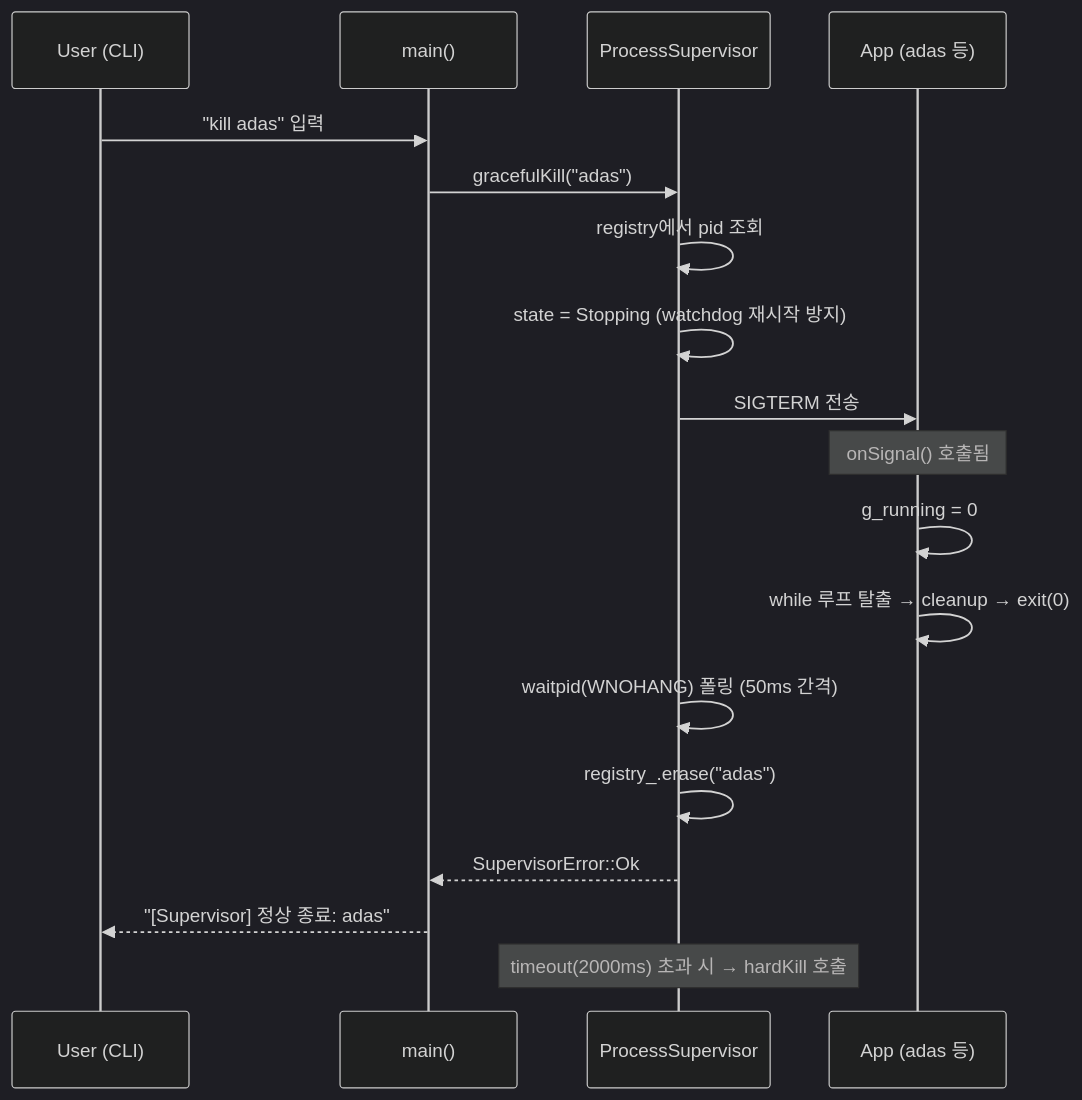
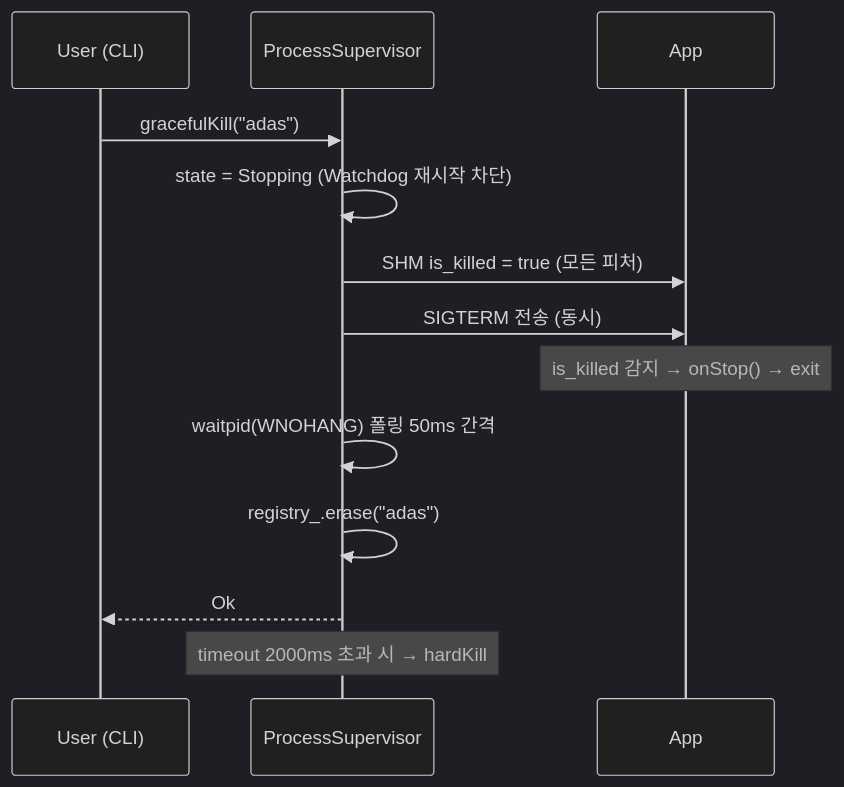
The third of 5 diagrams in docs/architecture.md (Suehyun666/Platform), drawn with Mermaid (dark theme) before and after one commit. The commit also changed other lines of this file and 20 other files, not shown here.

````diff
--- a/docs/architecture.md
+++ b/docs/architecture.md
@@ -142,25 +191,18 @@
 ```mermaid
 sequenceDiagram
     participant U  as User (CLI)
-    participant M  as main()
     participant PS as ProcessSupervisor
-    participant AP as App (adas 등)
+    participant AP as App
 
-    U->>M: "kill adas" 입력
-    M->>PS: gracefulKill("adas")
+    U->>PS: gracefulKill("adas")
+    PS->>PS: state = Stopping (Watchdog 재시작 차단)
+    PS->>AP: SHM is_killed = true  (모든 피처)
+    PS->>AP: SIGTERM 전송 (동시)
 
-    PS->>PS: registry에서 pid 조회
-    PS->>PS: state = Stopping (watchdog 재시작 방지)
-    PS->>AP: SIGTERM 전송
+    Note over AP: is_killed 감지 → onStop() → exit
+    PS->>PS: waitpid(WNOHANG) 폴링 50ms 간격
+    PS->>PS: registry_.erase("adas")
+    PS-->>U: Ok
 
-    Note over AP: onSignal() 호출됨
-    AP->>AP: g_running = 0
-    AP->>AP: while 루프 탈출 → cleanup → exit(0)
-
-    PS->>PS: waitpid(WNOHANG) 폴링 (50ms 간격)
-    PS->>PS: registry_.erase("adas")
-    PS-->>M: SupervisorError::Ok
-    M-->>U: "[Supervisor] 정상 종료: adas"
-
-    Note over PS: timeout(2000ms) 초과 시 → hardKill 호출
+    Note over PS: timeout 2000ms 초과 시 → hardKill
 ```
````
